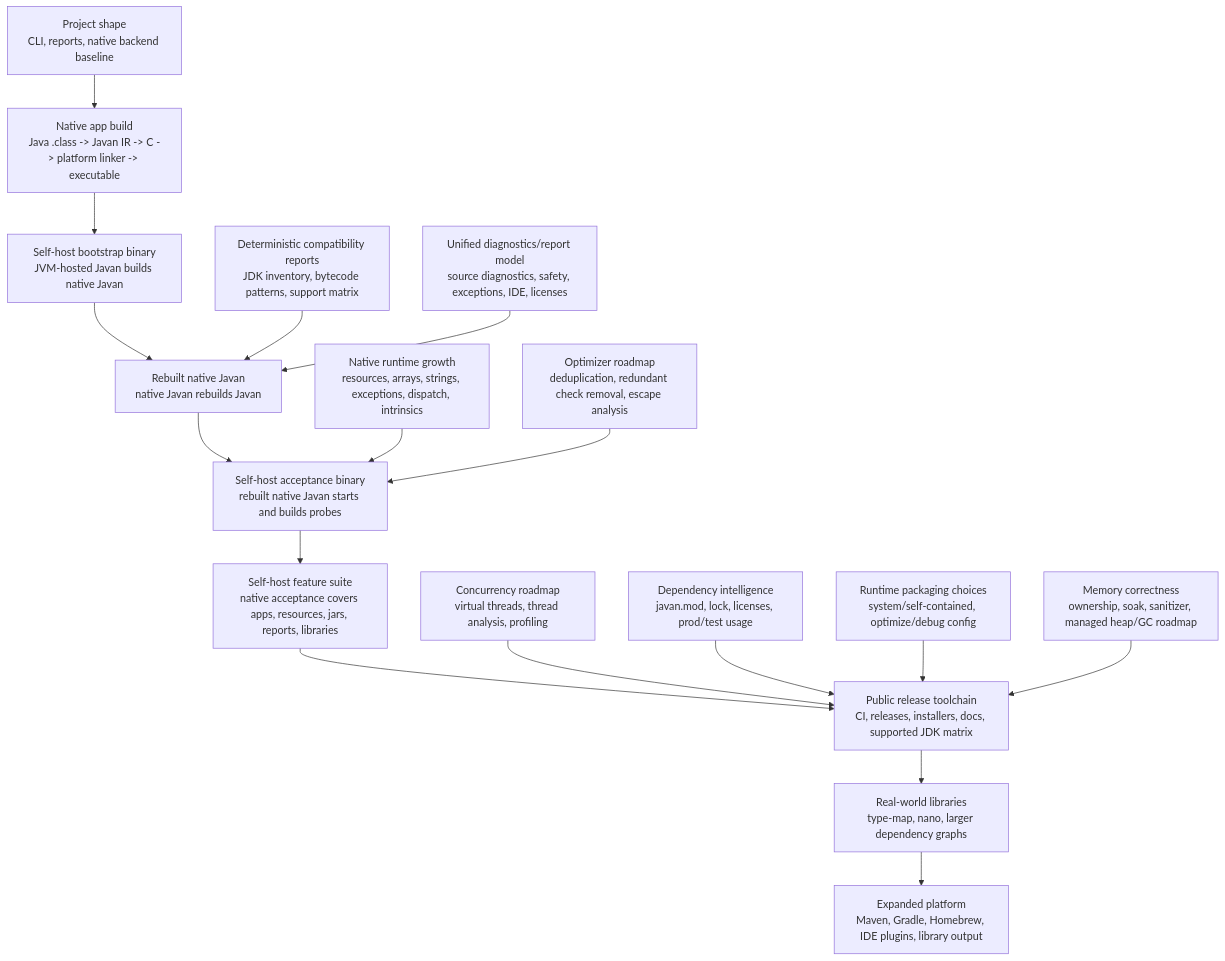
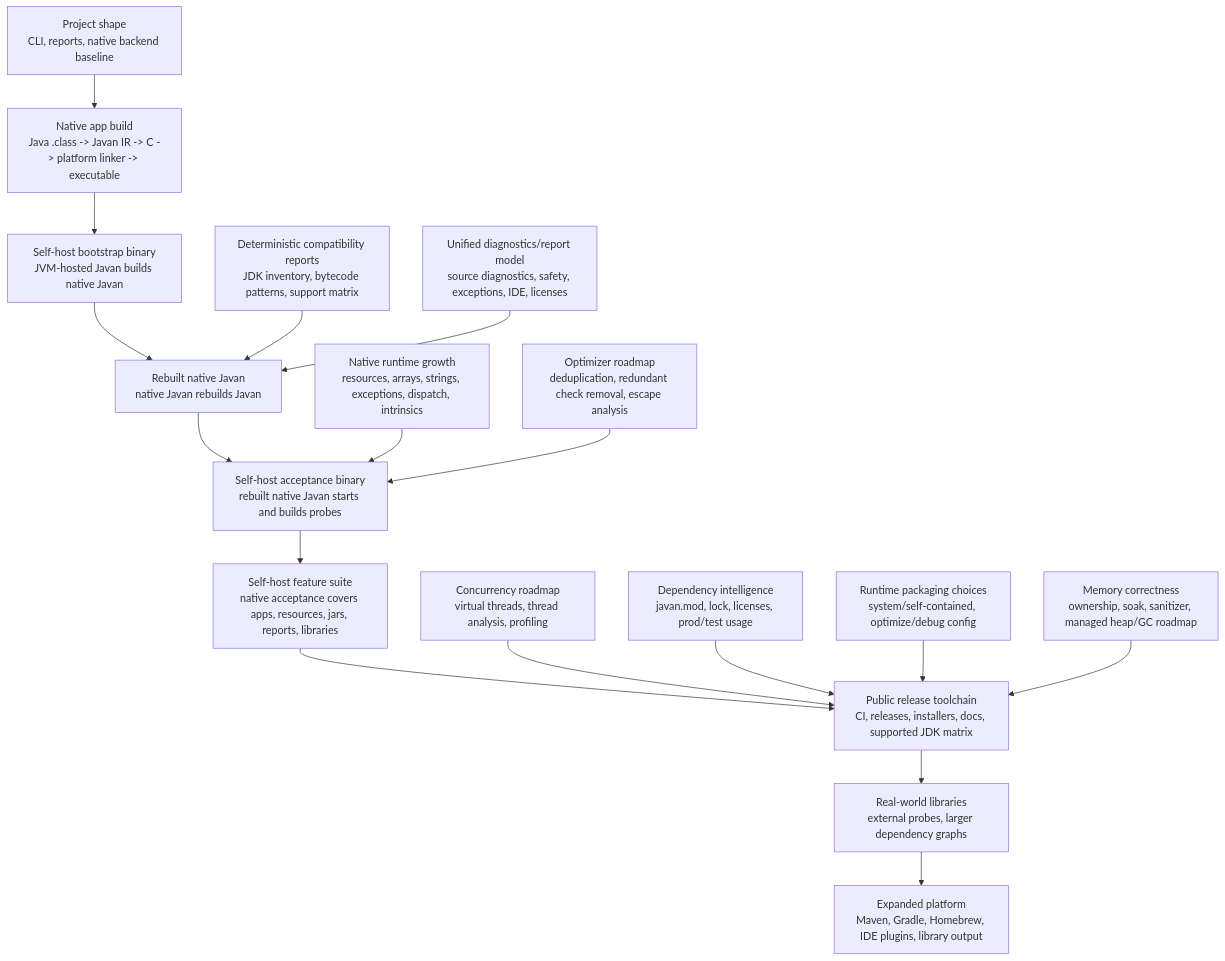
One commit to NanoNative/javan changed the diagram in doc/status/roadmap-progress.md. Above: the diagram before and after it, drawn with Mermaid. The commit also changed other lines of this file and 13 other files, not shown here.

````diff
--- a/doc/status/roadmap-progress.md
+++ b/doc/status/roadmap-progress.md
@@ -381,30 +384,30 @@
 ```mermaid
 flowchart TD
   A["Project shape<br/>CLI, reports, native backend baseline"] --> B["Native app build<br/>Java .class -> Javan IR -> C -> platform linker -> executable"]
   B --> C["Self-host bootstrap binary<br/>JVM-hosted Javan builds native Javan"]
   C --> D["Rebuilt native Javan<br/>native Javan rebuilds Javan"]
   D --> E["Self-host acceptance binary<br/>rebuilt native Javan starts and builds probes"]
   E --> F["Self-host feature suite<br/>native acceptance covers apps, resources, jars, reports, libraries"]
   F --> G["Public release toolchain<br/>CI, releases, installers, docs, supported JDK matrix"]
-  G --> H["Real-world libraries<br/>type-map, nano, larger dependency graphs"]
+  G --> H["Real-world libraries<br/>external probes, larger dependency graphs"]
   H --> I["Expanded platform<br/>Maven, Gradle, Homebrew, IDE plugins, library output"]
 
   R1["Deterministic compatibility reports<br/>JDK inventory, bytecode patterns, support matrix"]
   R2["Unified diagnostics/report model<br/>source diagnostics, safety, exceptions, IDE, licenses"]
   R3["Native runtime growth<br/>resources, arrays, strings, exceptions, dispatch, intrinsics"]
   R4["Optimizer roadmap<br/>deduplication, redundant check removal, escape analysis"]
   R5["Concurrency roadmap<br/>virtual threads, thread analysis, profiling"]
   R6["Dependency intelligence<br/>javan.mod, lock, licenses, prod/test usage"]
   R7["Runtime packaging choices<br/>system/self-contained, optimize/debug config"]
   R8["Memory correctness<br/>ownership, soak, sanitizer, managed heap/GC roadmap"]
 
   R1 --> D
   R2 --> D
   R3 --> E
   R4 --> E
   R5 --> G
   R6 --> G
   R7 --> G
   R8 --> G
 
 ```
````
